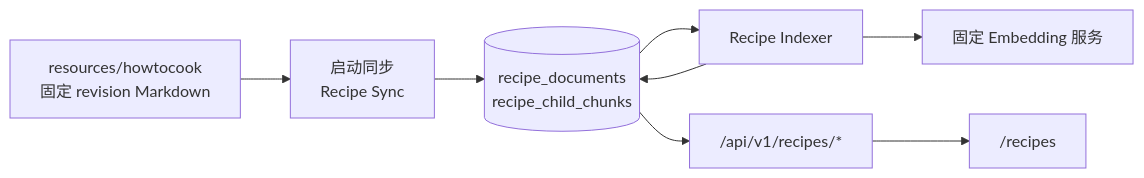
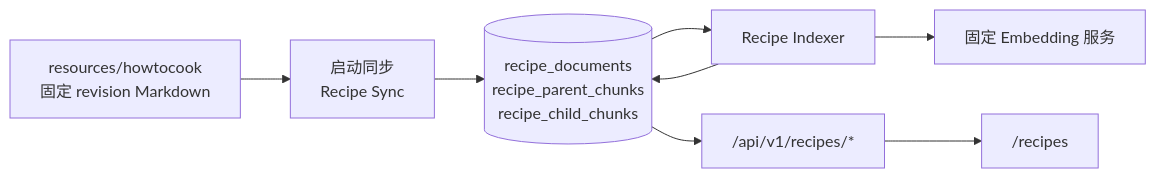
The diagram in docs/SDD.md (Diving-Di/Cortex), drawn with Mermaid before and after one commit. The commit also changed other lines of this file and 6 other files, not shown here.

````diff
--- a/docs/SDD.md
+++ b/docs/SDD.md
@@ -38,15 +38,15 @@
 ```mermaid
 flowchart LR
     RESOURCE["resources/howtocook<br/>固定 revision Markdown"]
     SYNC["启动同步<br/>Recipe Sync"]
-    DB[("recipe_documents<br/>recipe_child_chunks")]
+    DB[("recipe_documents<br/>recipe_parent_chunks<br/>recipe_child_chunks")]
     INDEX["Recipe Indexer"]
     EMBED["固定 Embedding 服务"]
     API["/api/v1/recipes/*"]
     UI["/recipes"]
 
     RESOURCE --> SYNC --> DB
     DB --> INDEX --> EMBED
     INDEX --> DB
     DB --> API --> UI
 ```
````
